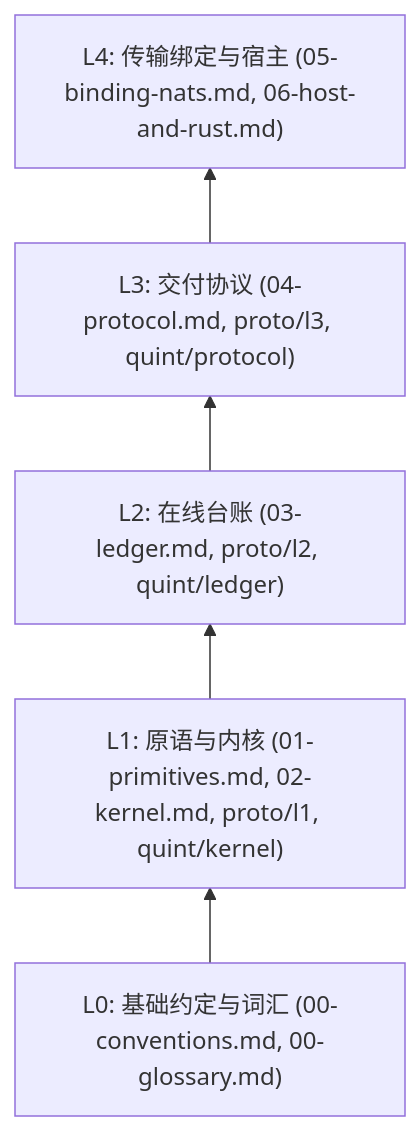
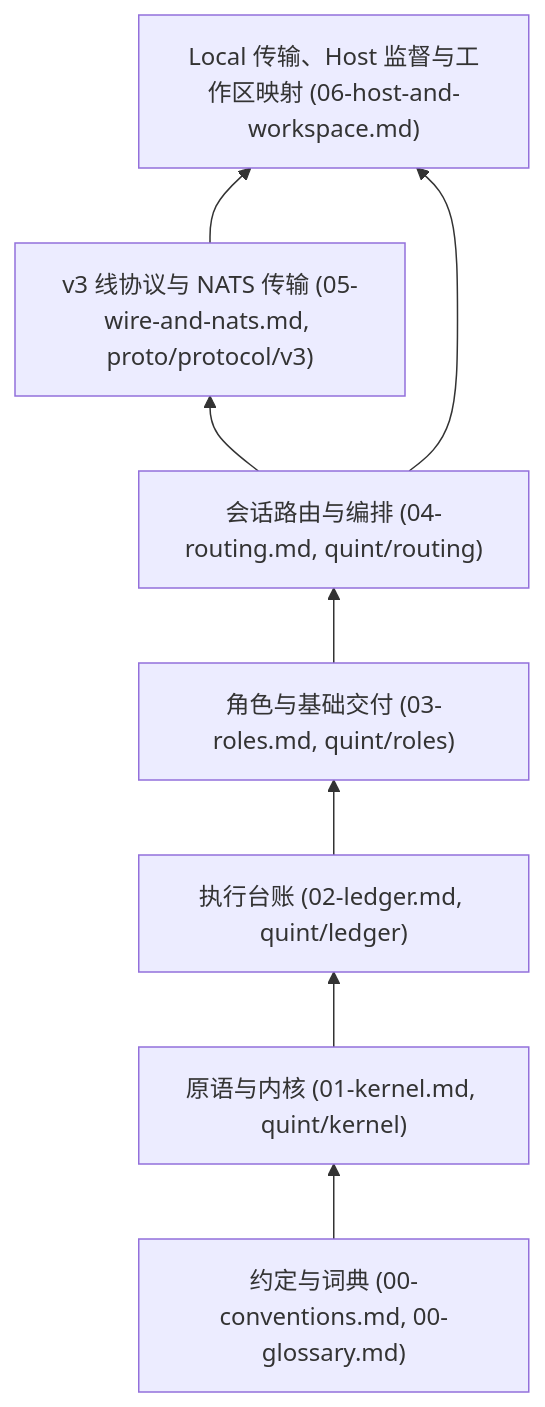
The diagram in spec/README.md (Everfold/Beamlet), drawn with Mermaid before and after one commit. The commit also changed other lines of this file and 34 other files, not shown here.

Commit message:
docs(spec): align specification, proto, and Quint models with real boundaries

````diff
--- a/spec/README.md
+++ b/spec/README.md
@@ -29,10 +13,13 @@
 ```mermaid
 flowchart BT
-    L0["L0: 基础约定与词汇 (00-conventions.md, 00-glossary.md)"]
-    L1["L1: 原语与内核 (01-primitives.md, 02-kernel.md, proto/l1, quint/kernel)"]
-    L2["L2: 在线台账 (03-ledger.md, proto/l2, quint/ledger)"]
-    L3["L3: 交付协议 (04-protocol.md, proto/l3, quint/protocol)"]
-    L4["L4: 传输绑定与宿主 (05-binding-nats.md, 06-host-and-rust.md)"]
+    CONV["约定与词典 (00-conventions.md, 00-glossary.md)"]
+    KRN["原语与内核 (01-kernel.md, quint/kernel)"]
+    LDG["执行台账 (02-ledger.md, quint/ledger)"]
+    ROL["角色与基础交付 (03-roles.md, quint/roles)"]
+    RTE["会话路由与编排 (04-routing.md, quint/routing)"]
+    WIRE["v3 线协议与 NATS 传输 (05-wire-and-nats.md, proto/protocol/v3)"]
+    HOST["Local 传输、Host 监督与工作区映射 (06-host-and-workspace.md)"]
 
-    L0 --> L1 --> L2 --> L3 --> L4
+    CONV --> KRN --> LDG --> ROL --> RTE --> WIRE --> HOST
+    RTE --> HOST
 ```
````
